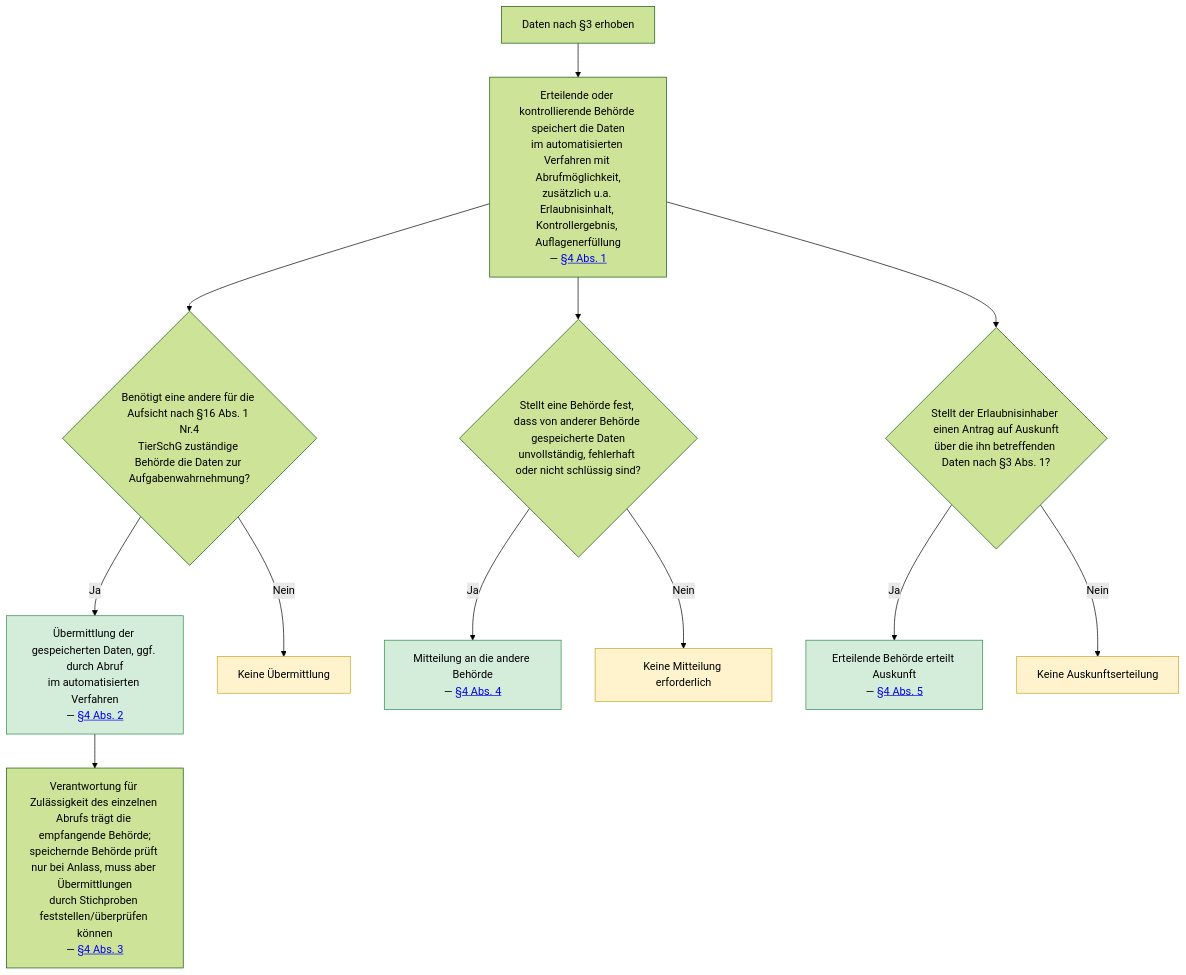
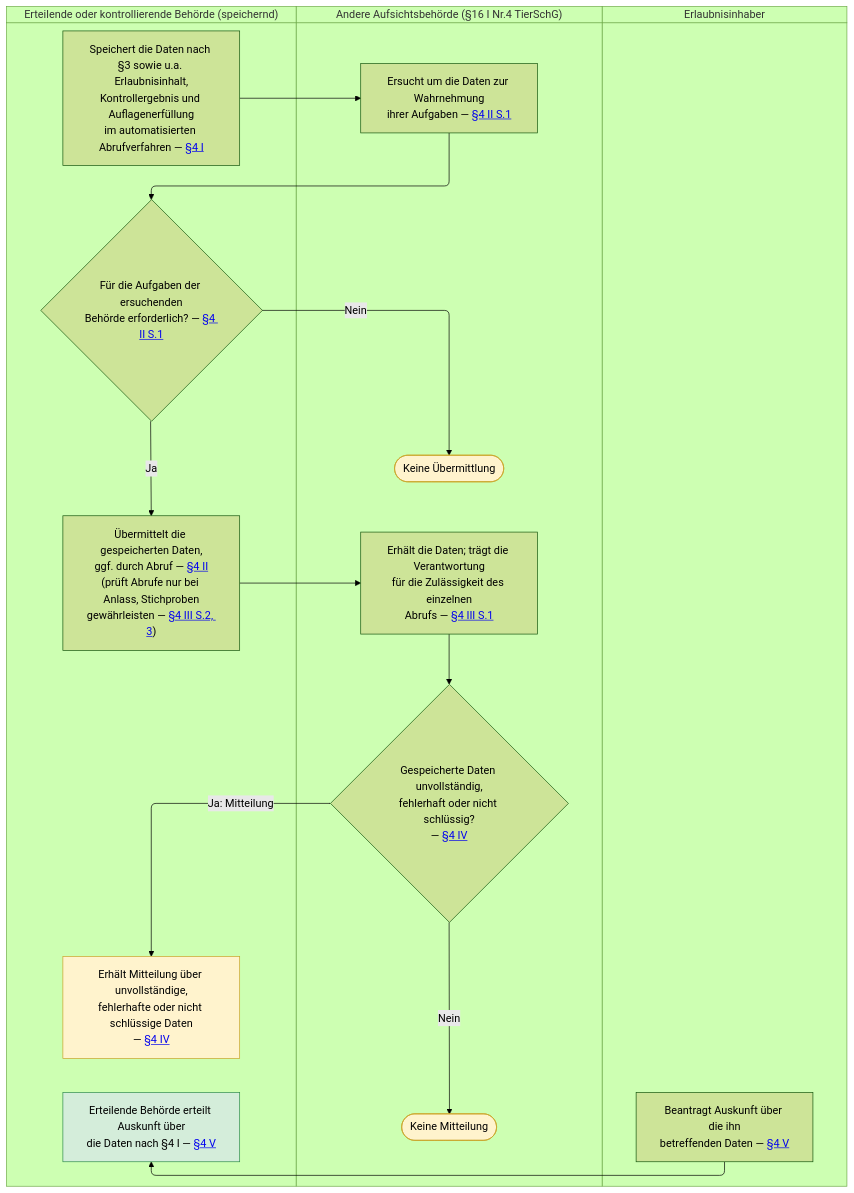
The diagram in src/content/ki-visualisierungen/ZirkRegV/datenverwendung.mmd (digitalservicebund/zfl-website), drawn with Mermaid (forest theme) before and after one commit. The commit also changed 26 other files, not shown here.

```diff
--- a/src/content/ki-visualisierungen/ZirkRegV/datenverwendung.mmd
+++ b/src/content/ki-visualisierungen/ZirkRegV/datenverwendung.mmd
@@ -1,21 +1,41 @@
 ---
-summary: "Zeigt den Umgang mit den erhobenen Daten: Speicherung im automatisierten Verfahren, Übermittlung an andere Aufsichtsbehörden, Verantwortlichkeit für Abrufe, Korrekturmitteilung und Auskunftsrecht des Erlaubnisinhabers."
+summary: "Zeigt, wie die speichernde Behörde die erhobenen Daten im automatisierten Verfahren vorhält, an andere Aufsichtsbehörden übermittelt, Fehlermitteilungen erhält und dem Erlaubnisinhaber auf Antrag Auskunft erteilt."
 ---
-flowchart TD
-    A["Daten nach §3 erhoben"] --> B["Erteilende oder kontrollierende Behörde speichert die Daten<br/>im automatisierten Verfahren mit Abrufmöglichkeit,<br/>zusätzlich u.a. Erlaubnisinhalt, Kontrollergebnis, Auflagenerfüllung<br/>— <a href='{{ELI}}#art-z4_abs-z1' target='_blank' rel='noopener'>§4 Abs. 1</a>"]
-    B --> C{"Benötigt eine andere für die Aufsicht nach §16 Abs. 1 Nr.4<br/>TierSchG zuständige Behörde die Daten zur Aufgabenwahrnehmung?"}
-    C -->|Ja| D["Übermittlung der gespeicherten Daten, ggf. durch Abruf<br/>im automatisierten Verfahren<br/>— <a href='{{ELI}}#art-z4_abs-z2' target='_blank' rel='noopener'>§4 Abs. 2</a>"]
-    C -->|Nein| E["Keine Übermittlung"]
-    D --> F["Verantwortung für Zulässigkeit des einzelnen Abrufs trägt die empfangende Behörde;<br/>speichernde Behörde prüft nur bei Anlass, muss aber Übermittlungen<br/>durch Stichproben feststellen/überprüfen können<br/>— <a href='{{ELI}}#art-z4_abs-z3' target='_blank' rel='noopener'>§4 Abs. 3</a>"]
-    G{"Stellt eine Behörde fest, dass von anderer Behörde gespeicherte Daten<br/>unvollständig, fehlerhaft oder nicht schlüssig sind?"} -->|Ja| H["Mitteilung an die andere Behörde<br/>— <a href='{{ELI}}#art-z4_abs-z4' target='_blank' rel='noopener'>§4 Abs. 4</a>"]
-    B --> G
-    G -->|Nein| I["Keine Mitteilung erforderlich"]
-    J{"Stellt der Erlaubnisinhaber einen Antrag auf Auskunft<br/>über die ihn betreffenden Daten nach §3 Abs. 1?"} -->|Ja| K["Erteilende Behörde erteilt Auskunft<br/>— <a href='{{ELI}}#art-z4_abs-z5' target='_blank' rel='noopener'>§4 Abs. 5</a>"]
-    B --> J
-    J -->|Nein| L["Keine Auskunftserteilung"]
-    style D fill:#d4edda,stroke:#2d8a4a
-    style H fill:#d4edda,stroke:#2d8a4a
-    style K fill:#d4edda,stroke:#2d8a4a
-    style E fill:#fff3cd,stroke:#c9a227
-    style I fill:#fff3cd,stroke:#c9a227
-    style L fill:#fff3cd,stroke:#c9a227
+swimlane-beta TD
+    subgraph SB["Erteilende oder kontrollierende Behörde (speichernd)"]
+        speichern["Speichert die Daten nach §3 sowie u.a. Erlaubnisinhalt,<br/>Kontrollergebnis und Auflagenerfüllung<br/>im automatisierten Abrufverfahren — <a href='{{ELI}}#art-z4_abs-z1' target='_blank' rel='noopener'>§4 I</a>"]
+        erforderlich{"Für die Aufgaben der ersuchenden<br/>Behörde erforderlich? — <a href='{{ELI}}#art-z4_abs-z2' target='_blank' rel='noopener'>§4 II S.1</a>"}
+        uebermittlung["Übermittelt die gespeicherten Daten,<br/>ggf. durch Abruf — <a href='{{ELI}}#art-z4_abs-z2' target='_blank' rel='noopener'>§4 II</a><br/>(prüft Abrufe nur bei Anlass, Stichproben<br/>gewährleisten — <a href='{{ELI}}#art-z4_abs-z3' target='_blank' rel='noopener'>§4 III S.2, 3</a>)"]
+        mitteilungErhalten["Erhält Mitteilung über unvollständige,<br/>fehlerhafte oder nicht schlüssige Daten<br/>— <a href='{{ELI}}#art-z4_abs-z4' target='_blank' rel='noopener'>§4 IV</a>"]
+        auskunft["Erteilende Behörde erteilt Auskunft über<br/>die Daten nach §4 I — <a href='{{ELI}}#art-z4_abs-z5' target='_blank' rel='noopener'>§4 V</a>"]
+    end
+
+    subgraph AB["Andere Aufsichtsbehörde (§16 I Nr.4 TierSchG)"]
+        ersuchen["Ersucht um die Daten zur Wahrnehmung<br/>ihrer Aufgaben — <a href='{{ELI}}#art-z4_abs-z2' target='_blank' rel='noopener'>§4 II S.1</a>"]
+        keineDaten(["Keine Übermittlung"])
+        empfang["Erhält die Daten; trägt die Verantwortung<br/>für die Zulässigkeit des einzelnen<br/>Abrufs — <a href='{{ELI}}#art-z4_abs-z3' target='_blank' rel='noopener'>§4 III S.1</a>"]
+        fehler{"Gespeicherte Daten unvollständig,<br/>fehlerhaft oder nicht schlüssig?<br/>— <a href='{{ELI}}#art-z4_abs-z4' target='_blank' rel='noopener'>§4 IV</a>"}
+        keineMitteilung(["Keine Mitteilung"])
+    end
+
+    subgraph EI["Erlaubnisinhaber"]
+        antrag["Beantragt Auskunft über die ihn<br/>betreffenden Daten — <a href='{{ELI}}#art-z4_abs-z5' target='_blank' rel='noopener'>§4 V</a>"]
+    end
+
+    speichern --> ersuchen
+    ersuchen --> erforderlich
+    erforderlich -->|Ja| uebermittlung
+    erforderlich -->|Nein| keineDaten
+    uebermittlung --> empfang
+    empfang --> fehler
+    fehler -->|"Ja: Mitteilung"| mitteilungErhalten
+    fehler -->|Nein| keineMitteilung
+    antrag --> auskunft
+    keineDaten ~~~ empfang
+    keineMitteilung ~~~ antrag
+    mitteilungErhalten ~~~ auskunft
+
+    style auskunft fill:#d4edda,stroke:#2d8a4a
+    style keineDaten fill:#fff3cd,stroke:#c9a227
+    style mitteilungErhalten fill:#fff3cd,stroke:#c9a227
+    style keineMitteilung fill:#fff3cd,stroke:#c9a227
```
